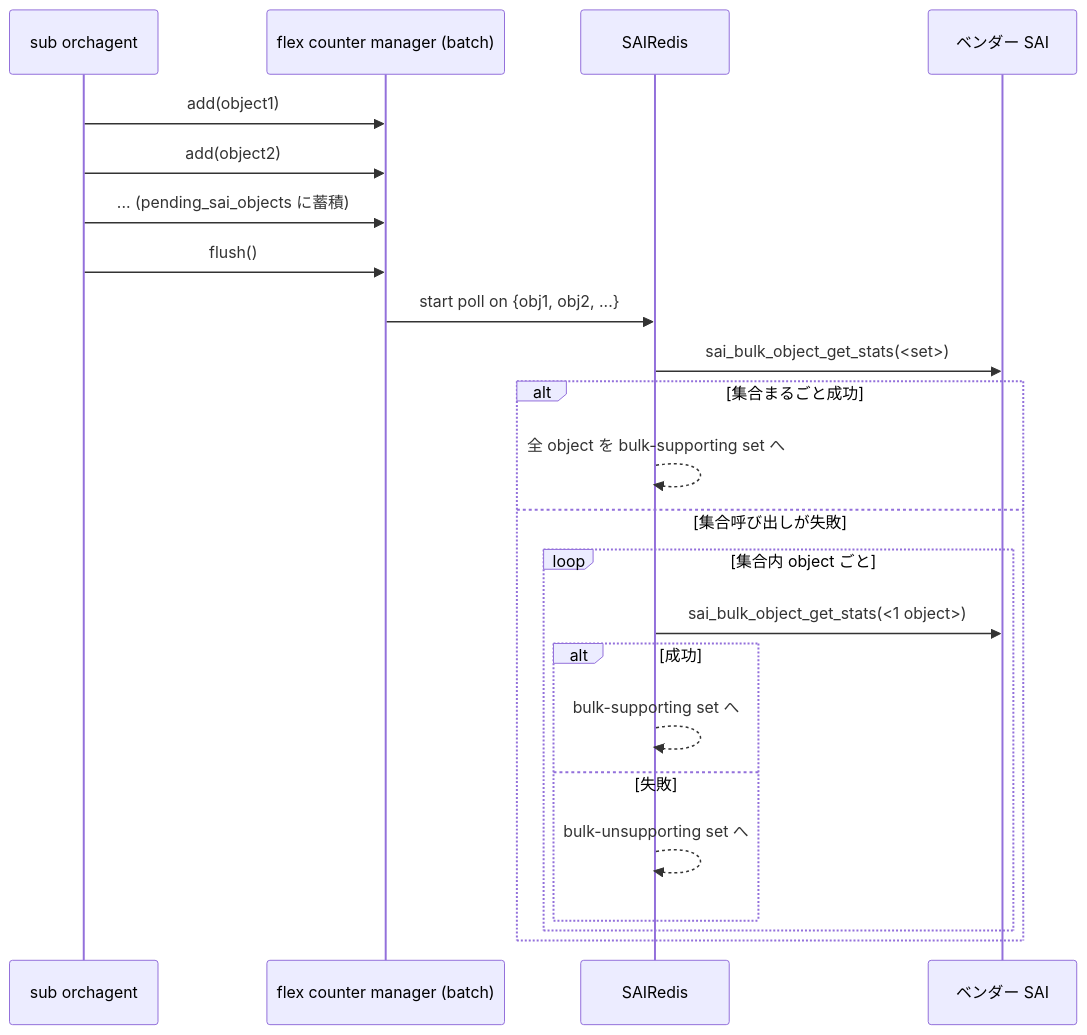
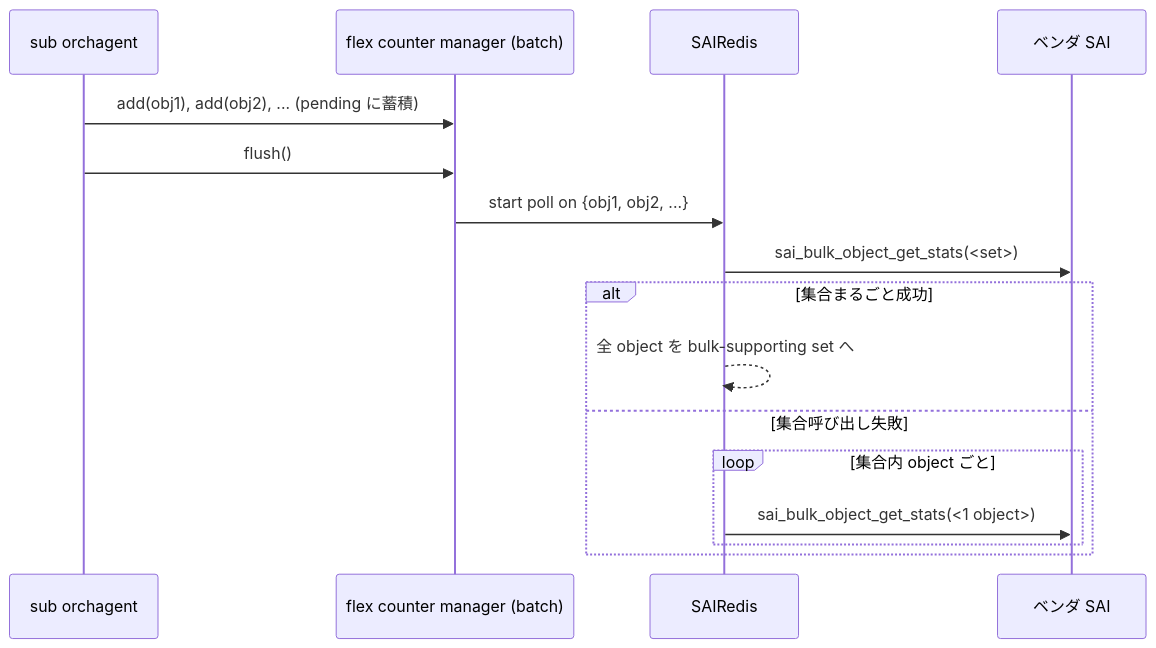
The diagram in docs/internals/sonic-counter-initialization-optimization.md (aoki-taquan/sonic-unofficial-docs), drawn with Mermaid before and after one commit. The commit also changed other lines of this file and 3 other files, not shown here.

First line of the commit message:
[quality] HLD internals/architecture 6 件 再構成

````diff
--- a/docs/internals/sonic-counter-initialization-optimization.md
+++ b/docs/internals/sonic-counter-initialization-optimization.md
@@ -71,25 +38,18 @@
 ```mermaid
 sequenceDiagram
     participant SO as sub orchagent
     participant FCM as flex counter manager (batch)
     participant SAIR as SAIRedis
-    participant SAI as ベンダー SAI
-    SO->>FCM: add(object1)
-    SO->>FCM: add(object2)
-    SO->>FCM: ... (pending_sai_objects に蓄積)
+    participant SAI as ベンダ SAI
+    SO->>FCM: add(obj1), add(obj2), ... (pending に蓄積)
     SO->>FCM: flush()
     FCM->>SAIR: start poll on {obj1, obj2, ...}
     SAIR->>SAI: sai_bulk_object_get_stats(<set>)
     alt 集合まるごと成功
         SAIR-->>SAIR: 全 object を bulk-supporting set へ
-    else 集合呼び出しが失敗
+    else 集合呼び出し失敗
         loop 集合内 object ごと
             SAIR->>SAI: sai_bulk_object_get_stats(<1 object>)
-            alt 成功
-                SAIR-->>SAIR: bulk-supporting set へ
-            else 失敗
-                SAIR-->>SAIR: bulk-unsupporting set へ
-            end
         end
     end
 ```
````
